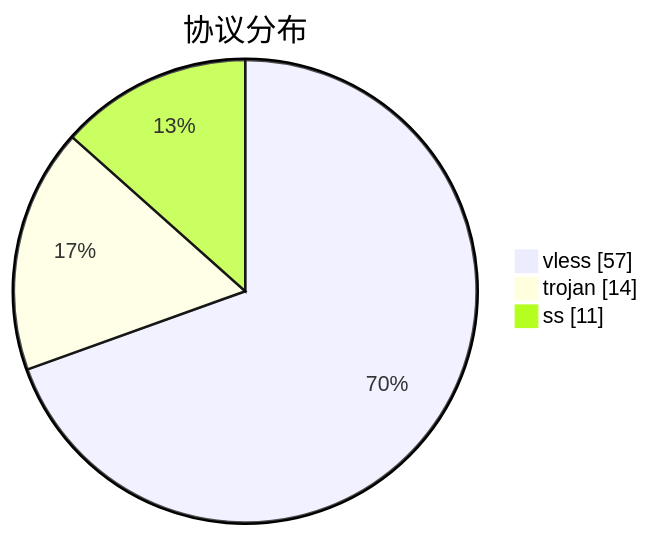
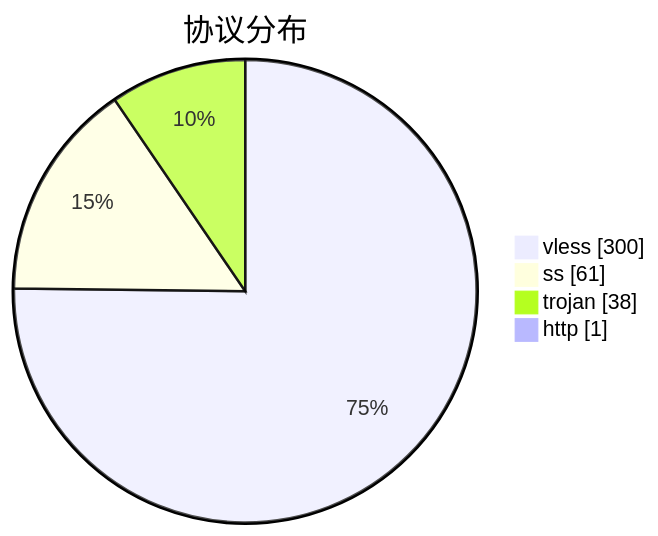
The third of 3 diagrams in subs/statistics/tested_within.md (qjlxg/airport), drawn with Mermaid before and after one commit. The commit also changed other lines of this file and 2 other files, not shown here.

````diff
--- a/subs/statistics/tested_within.md
+++ b/subs/statistics/tested_within.md
@@ -16,7 +18,8 @@
 ```mermaid
 pie showData
 title 协议分布
-"vless" : 57
-"trojan" : 14
-"ss" : 11
+"vless" : 300
+"ss" : 61
+"trojan" : 38
+"http" : 1
 ```
````
